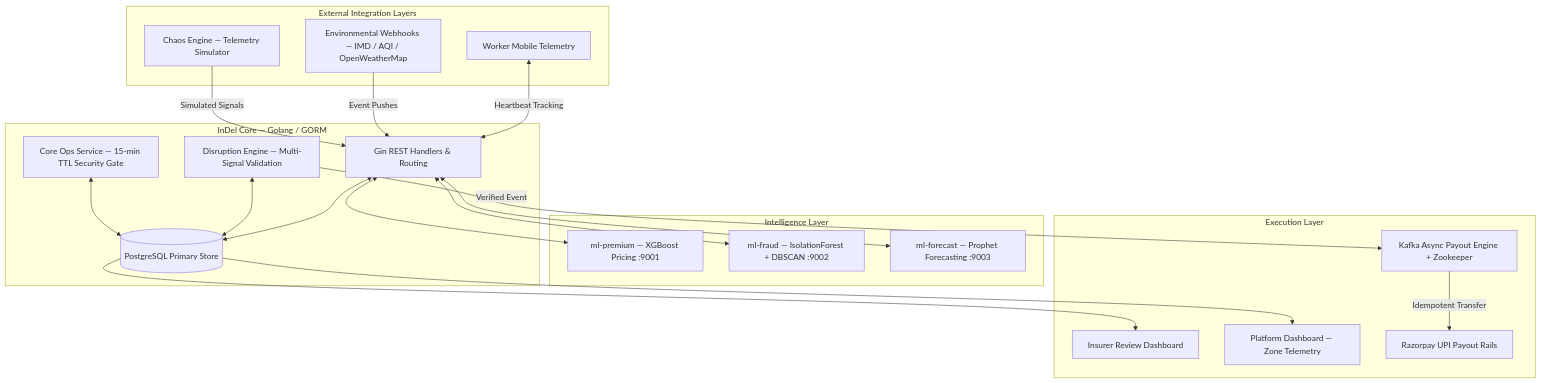
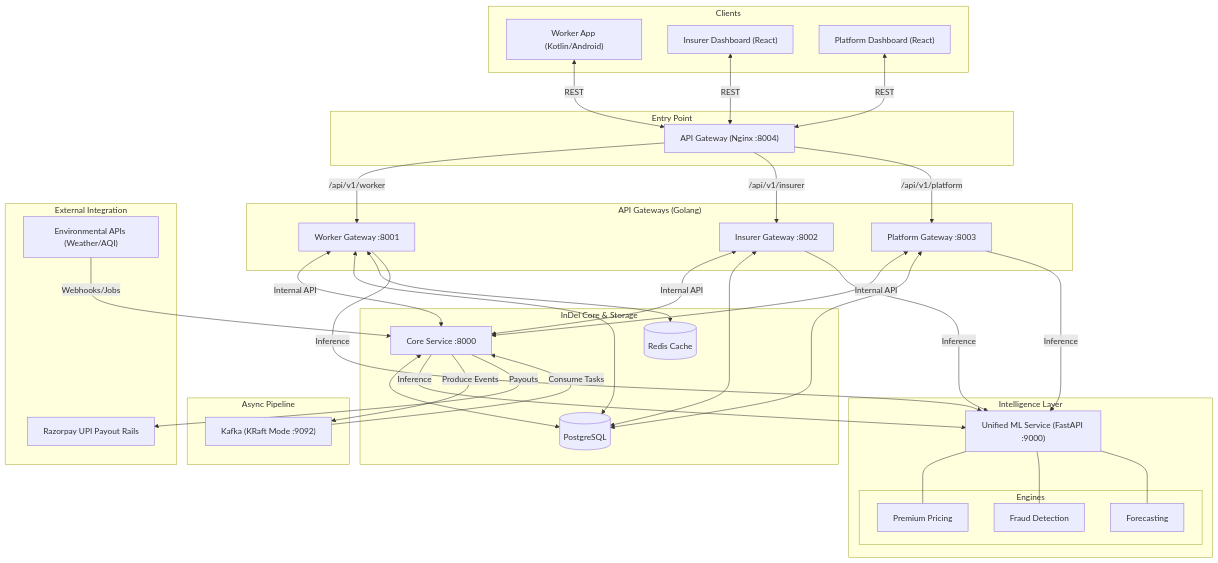
The diagram in README.md (gayathriuthamaraj/InDel), drawn with Mermaid before and after one commit. The commit also changed 1 other file, not shown here.

````diff
--- a/README.md
+++ b/README.md
@@ -124,42 +124,81 @@
 ```mermaid
 graph TD
-    subgraph "External Integration Layers"
-        WA[Worker Mobile Telemetry]
-        ES[Environmental Webhooks — IMD / AQI / OpenWeatherMap]
-        CE[Chaos Engine — Telemetry Simulator]
+    subgraph "Clients"
+        WA["Worker App (Kotlin/Android)"]
+        ID["Insurer Dashboard (React)"]
+        PD["Platform Dashboard (React)"]
     end
 
-    subgraph "InDel Core — Golang / GORM"
-        API[Gin REST Handlers & Routing]
-        DE[Disruption Engine — Multi-Signal Validation]
-        CO[Core Ops Service — 15-min TTL Security Gate]
-        DB[(PostgreSQL Primary Store)]
+    subgraph "Entry Point"
+        AGW["API Gateway (Nginx :8004)"]
+    end
+
+    subgraph "API Gateways (Golang)"
+        WGW["Worker Gateway :8001"]
+        IGW["Insurer Gateway :8002"]
+        PGW["Platform Gateway :8003"]
+    end
+
+    subgraph "InDel Core & Storage"
+        CS["Core Service :8000"]
+        DB[("PostgreSQL")]
+        RD[("Redis Cache")]
     end
 
     subgraph "Intelligence Layer"
-        ML1[ml-premium — XGBoost Pricing :9001]
-        ML2[ml-fraud — IsolationForest + DBSCAN :9002]
-        ML3[ml-forecast — Prophet Forecasting :9003]
+        ML["Unified ML Service (FastAPI :9000)"]
+        subgraph "Engines"
+            PREM["Premium Pricing"]
+            FRD["Fraud Detection"]
+            FCT["Forecasting"]
+        end
     end
 
-    subgraph "Execution Layer"
-        ID[Insurer Review Dashboard]
-        PD[Platform Dashboard — Zone Telemetry]
-        KF[Kafka Async Payout Engine + Zookeeper]
-        RP[Razorpay UPI Payout Rails]
+    subgraph "Async Pipeline"
+        KF["Kafka (KRaft Mode :9092)"]
     end
 
-    WA <-->|Heartbeat Tracking| API
-    ES -->|Event Pushes| API
-    CE -->|Simulated Signals| API
-    API <--> DB
-    DE <--> DB
-    CO <--> DB
-    DE -->|Verified Event| KF
-    DB --> ID
-    DB --> PD
-    API <--> ML1
-    API <--> ML2
-    API <--> ML3
-    KF -->|Idempotent Transfer| RP
+    subgraph "External Integration"
+        ENV["Environmental APIs (Weather/AQI)"]
+        RP["Razorpay UPI Payout Rails"]
+    end
+
+    %% Client Routing
+    WA <-->|REST| AGW
+    ID <-->|REST| AGW
+    PD <-->|REST| AGW
+
+    %% Gateway Routing
+    AGW -->|/api/v1/worker| WGW
+    AGW -->|/api/v1/insurer| IGW
+    AGW -->|/api/v1/platform| PGW
+
+    %% Internal Communication
+    WGW <-->|Internal API| CS
+    IGW <-->|Internal API| CS
+    PGW <-->|Internal API| CS
+
+    %% Data Access
+    WGW <--> DB
+    IGW <--> DB
+    PGW <--> DB
+    CS <--> DB
+    WGW <--> RD
+
+    %% Intelligence & Messaging
+    WGW -->|Inference| ML
+    IGW -->|Inference| ML
+    PGW -->|Inference| ML
+    CS -->|Inference| ML
+    
+    ML --- PREM
+    ML --- FRD
+    ML --- FCT
+
+    CS -->|Produce Events| KF
+    KF -->|Consume Tasks| CS
+
+    %% External Rails
+    ENV -->|Webhooks/Jobs| CS
+    CS -->|Payouts| RP
 ```
````
